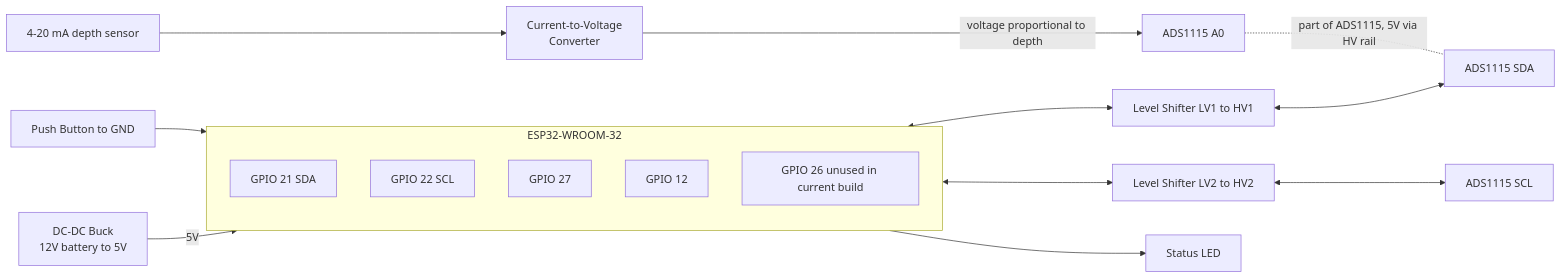
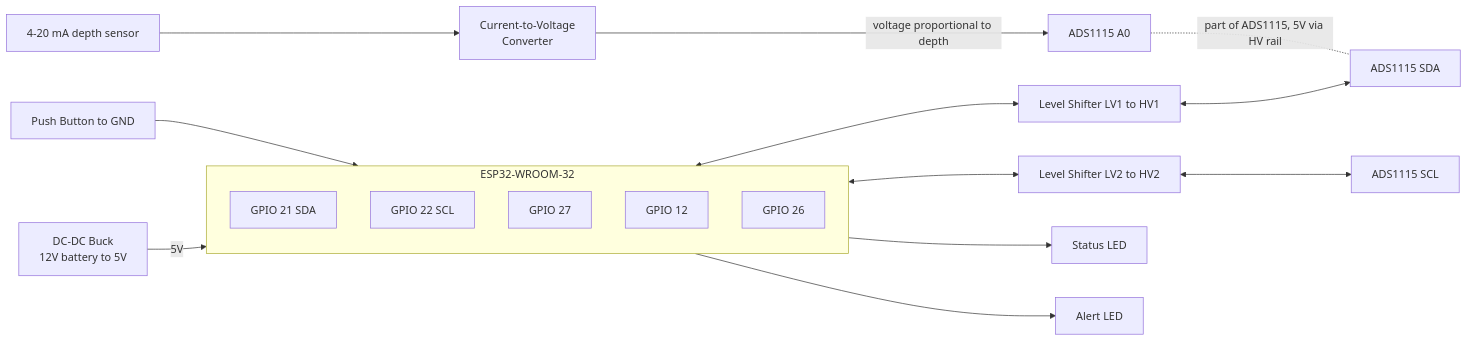
One commit to Robert336/BoatReporterESP changed the diagram in docs/hardware.md. Above: the diagram before and after it, drawn with Mermaid. The commit also changed other lines of this file and 9 other files, not shown here.

First line of the commit message:
docs: document two LEDs — status (GPIO 12) and alert (GPIO 26)

````diff
--- a/docs/hardware.md
+++ b/docs/hardware.md
@@ -36,24 +37,25 @@
 ```mermaid
 flowchart LR
     BUCK["DC-DC Buck<br/>12V battery to 5V"] -->|5V| ESP
     SENSOR["4-20 mA depth sensor"] --> CVC["Current-to-Voltage<br/>Converter"]
     CVC -->|voltage proportional to depth| A0["ADS1115 A0"]
 
     subgraph ESP["ESP32-WROOM-32"]
         direction TB
         GPIO21["GPIO 21 SDA"]
         GPIO22["GPIO 22 SCL"]
         GPIO27["GPIO 27"]
         GPIO12["GPIO 12"]
-        GPIO26["GPIO 26 unused in current build"]
+        GPIO26["GPIO 26"]
     end
 
     GPIO21 <--> LV1["Level Shifter LV1 to HV1"]
     GPIO22 <--> LV2["Level Shifter LV2 to HV2"]
     LV1 <--> SDA["ADS1115 SDA"]
     LV2 <--> SCL["ADS1115 SCL"]
     A0 -.part of ADS1115, 5V via HV rail.- SDA
 
     BTN["Push Button to GND"] --> GPIO27
-    GPIO12 --> LED["Status LED"]
+    GPIO12 --> StatusLED["Status LED"]
+    GPIO26 --> AlertLED["Alert LED"]
 ```
````
